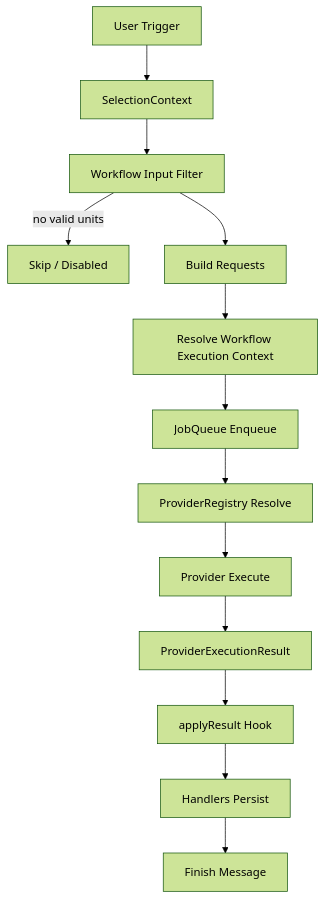
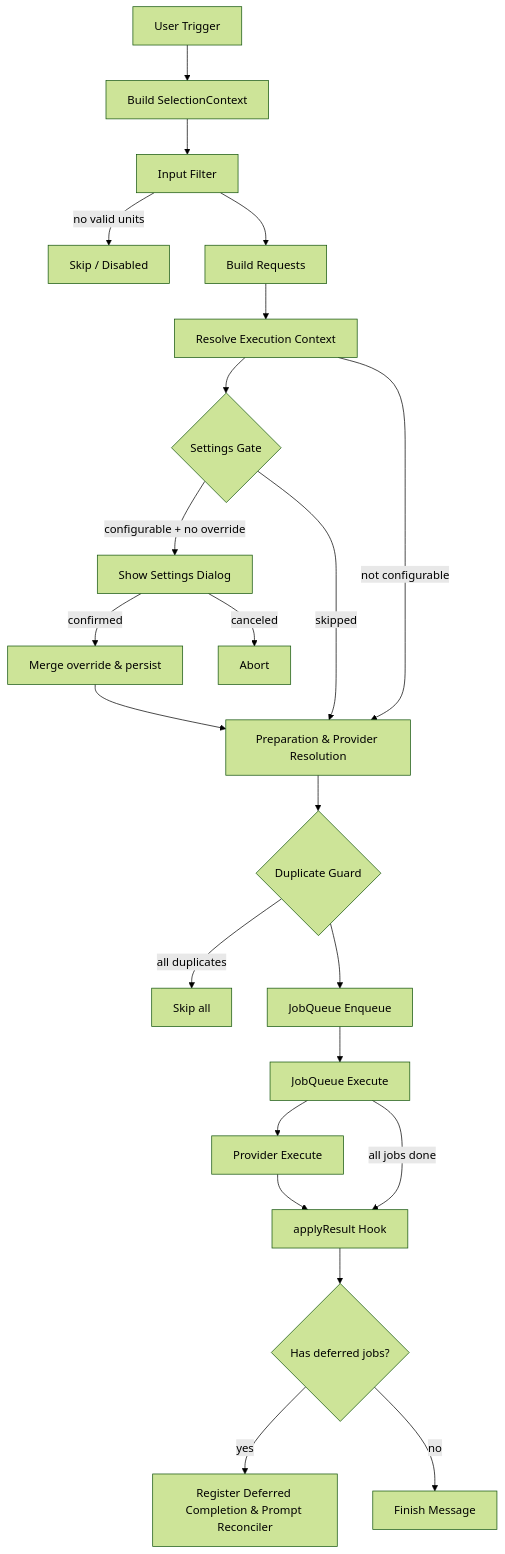
One commit to leike0813/zotero-agents changed the diagram in doc/architecture-flow.md. Above: the diagram before and after it, drawn with Mermaid (forest theme). The commit also changed other lines of this file and 332 other files, not shown here.

````diff
--- a/doc/architecture-flow.md
+++ b/doc/architecture-flow.md
@@ -9,15 +9,25 @@
 ```mermaid
 flowchart TD
-  A[User Trigger] --> B[SelectionContext]
-  B --> C[Workflow Input Filter]
+  A[User Trigger] --> B[Build SelectionContext]
+  B --> C[Input Filter]
   C -->|no valid units| C1[Skip / Disabled]
   C --> D[Build Requests]
-  D --> E[Resolve Workflow Execution Context]
-  E --> F[JobQueue Enqueue]
-  F --> G[ProviderRegistry Resolve]
-  G --> H[Provider Execute]
-  H --> I[ProviderExecutionResult]
-  I --> J[applyResult Hook]
-  J --> K[Handlers Persist]
-  K --> L[Finish Message]
+  D --> E[Resolve Execution Context]
+  E --> F{Settings Gate}
+  F -->|configurable + no override| F1[Show Settings Dialog]
+  F1 -->|confirmed| F2[Merge override & persist]
+  F1 -->|canceled| F3[Abort]
+  F2 --> G[Preparation &amp; Provider Resolution]
+  F -->|skipped| G
+  E -->|not configurable| G
+  G --> H{Duplicate Guard}
+  H -->|all duplicates| H1[Skip all]
+  H --> I[JobQueue Enqueue]
+  I --> J[JobQueue Execute]
+  J --> K[Provider Execute]
+  K --> L[applyResult Hook]
+  L --> M{Has deferred jobs?}
+  M -->|yes| N[Register Deferred Completion &amp; Prompt Reconciler]
+  M -->|no| P[Finish Message]
+  J -->|all jobs done| L
 ```
````
